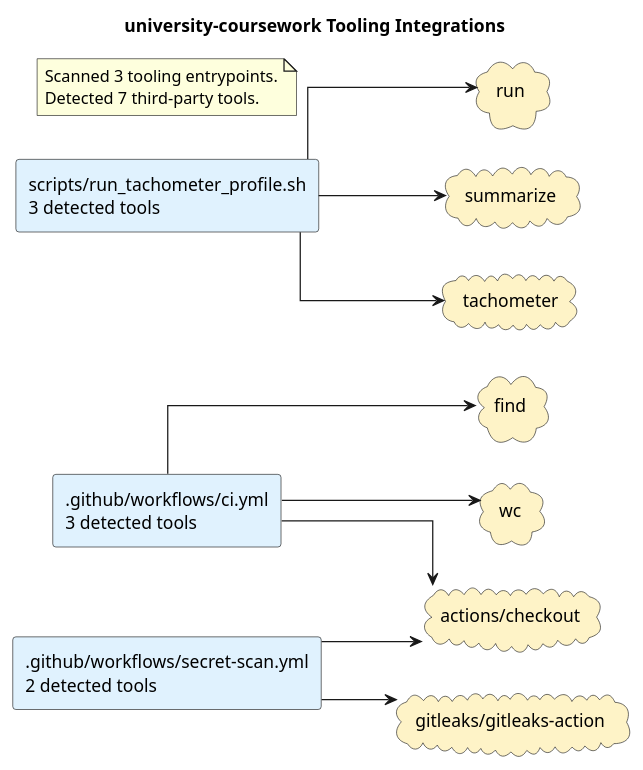
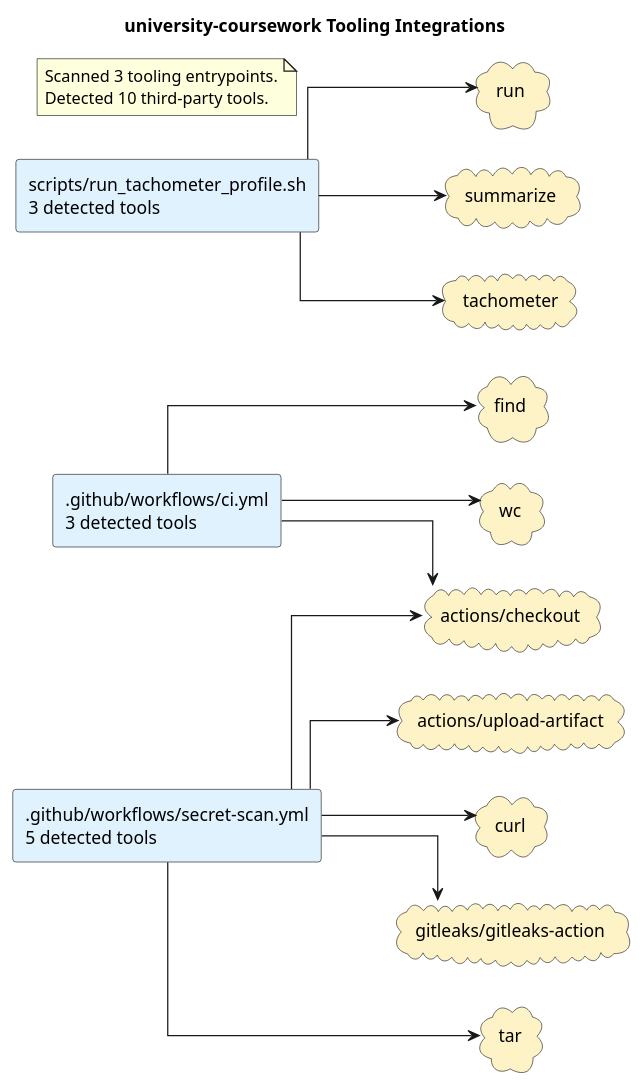
The diagram in docs/diagrams/tooling-integrations.puml (casonk/university-coursework), drawn with PlantUML before and after one commit. The commit also changed 2 other files, not shown here.

Commit message:
docs(diagrams): regenerate archility architecture diagrams

```diff
--- a/docs/diagrams/tooling-integrations.puml
+++ b/docs/diagrams/tooling-integrations.puml
@@ -1,30 +1,36 @@
 @startuml
 title university-coursework Tooling Integrations
 left to right direction
 skinparam shadowing false
 skinparam defaultFontName Monospace
 skinparam componentStyle rectangle
 skinparam linetype ortho
 rectangle ".github/workflows/ci.yml\n3 detected tools" as source_github_workflows_ci_yml #E0F2FE
-rectangle ".github/workflows/secret-scan.yml\n2 detected tools" as source_github_workflows_secret_scan_yml #E0F2FE
+rectangle ".github/workflows/secret-scan.yml\n5 detected tools" as source_github_workflows_secret_scan_yml #E0F2FE
 rectangle "scripts/run_tachometer_profile.sh\n3 detected tools" as source_scripts_run_tachometer_profile_sh #E0F2FE
 cloud "actions/checkout" as tool_actions_checkout #FEF3C7
+cloud "actions/upload-artifact" as tool_actions_upload_artifact #FEF3C7
+cloud "curl" as tool_curl #FEF3C7
 cloud "find" as tool_find #FEF3C7
 cloud "gitleaks/gitleaks-action" as tool_gitleaks_gitleaks_action #FEF3C7
 cloud "run" as tool_run #FEF3C7
 cloud "summarize" as tool_summarize #FEF3C7
 cloud "tachometer" as tool_tachometer #FEF3C7
+cloud "tar" as tool_tar #FEF3C7
 cloud "wc" as tool_wc #FEF3C7
 source_github_workflows_ci_yml --> tool_actions_checkout
 source_github_workflows_ci_yml --> tool_find
 source_github_workflows_ci_yml --> tool_wc
 source_github_workflows_secret_scan_yml --> tool_actions_checkout
+source_github_workflows_secret_scan_yml --> tool_actions_upload_artifact
+source_github_workflows_secret_scan_yml --> tool_curl
 source_github_workflows_secret_scan_yml --> tool_gitleaks_gitleaks_action
+source_github_workflows_secret_scan_yml --> tool_tar
 source_scripts_run_tachometer_profile_sh --> tool_run
 source_scripts_run_tachometer_profile_sh --> tool_summarize
 source_scripts_run_tachometer_profile_sh --> tool_tachometer
 note as toolingGraphSummary
 Scanned 3 tooling entrypoints.
-Detected 7 third-party tools.
+Detected 10 third-party tools.
 end note
 @enduml
```
